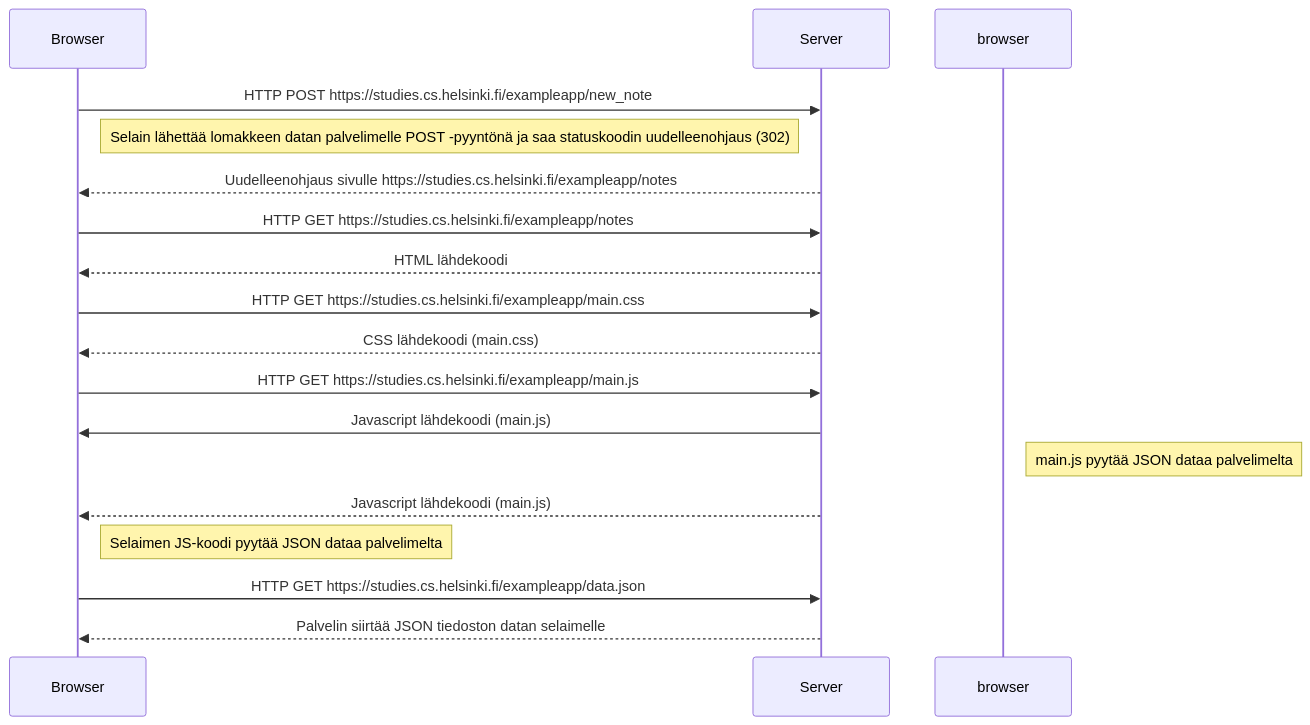
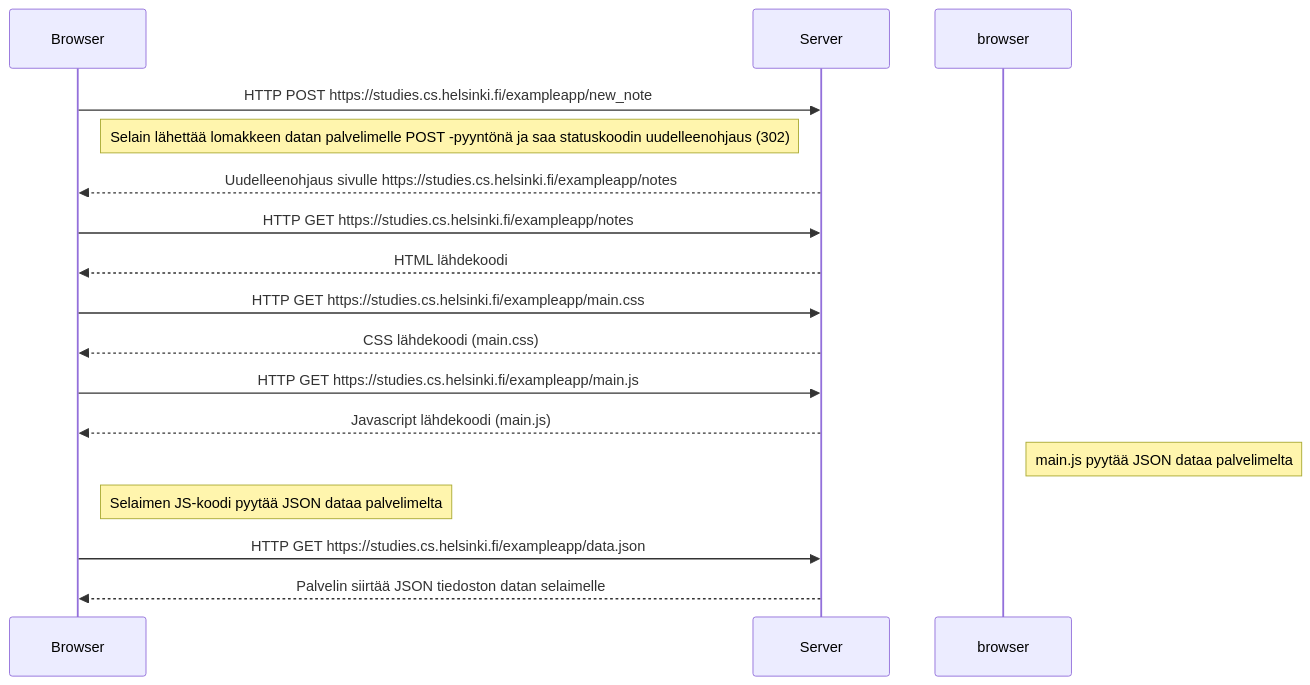
Before and after one commit to saaskilahtij/fullstackopen: the diagram in osa0/tehtava0.4.md, drawn with Mermaid.

````diff
--- a/osa0/tehtava0.4.md
+++ b/osa0/tehtava0.4.md
@@ -1,21 +1,24 @@
 ```mermaid
 
 sequenceDiagram
 
   Browser ->> Server: HTTP POST https://studies.cs.helsinki.fi/exampleapp/new_note
   Note right of Browser: Selain lähettää lomakkeen datan palvelimelle POST -pyyntönä ja saa statuskoodin uudelleenohjaus (302)
   Server -->> Browser: Uudelleenohjaus sivulle https://studies.cs.helsinki.fi/exampleapp/notes
+  
   Browser ->> Server: HTTP GET https://studies.cs.helsinki.fi/exampleapp/notes
   Server -->> Browser: HTML lähdekoodi
+  
   Browser ->> Server: HTTP GET https://studies.cs.helsinki.fi/exampleapp/main.css
   Server -->> Browser: CSS lähdekoodi (main.css)
+  
   Browser ->> Server: HTTP GET https://studies.cs.helsinki.fi/exampleapp/main.js
-  Server ->> Browser: Javascript lähdekoodi (main.js)
+  Server -->> Browser: Javascript lähdekoodi (main.js)
   Note right of browser: main.js pyytää JSON dataa palvelimelta
-  Server -->> Browser: Javascript lähdekoodi (main.js)
+  
   Note right of Browser: Selaimen JS-koodi pyytää JSON dataa palvelimelta
   
   Browser ->> Server: HTTP GET https://studies.cs.helsinki.fi/exampleapp/data.json
   Server -->> Browser: Palvelin siirtää JSON tiedoston datan selaimelle
 
 ```
````
